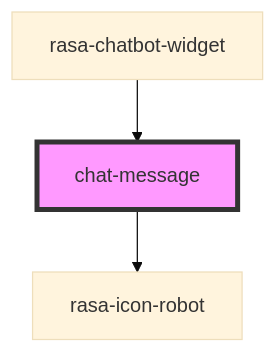
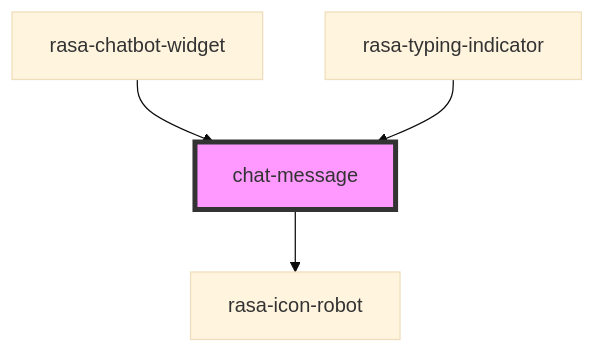
Before and after one commit to RasaHQ/chat-widget: the diagram in packages/web-component/src/components/message/readme.md, drawn with Mermaid (base theme). The commit also changed other lines of this file and 7 other files, not shown here.

````diff
--- a/packages/web-component/src/components/message/readme.md
+++ b/packages/web-component/src/components/message/readme.md
@@ -34,6 +35,7 @@
 ```mermaid
 graph TD;
   chat-message --> rasa-icon-robot
   rasa-chatbot-widget --> chat-message
+  rasa-typing-indicator --> chat-message
   style chat-message fill:#f9f,stroke:#333,stroke-width:4px
 ```
````
